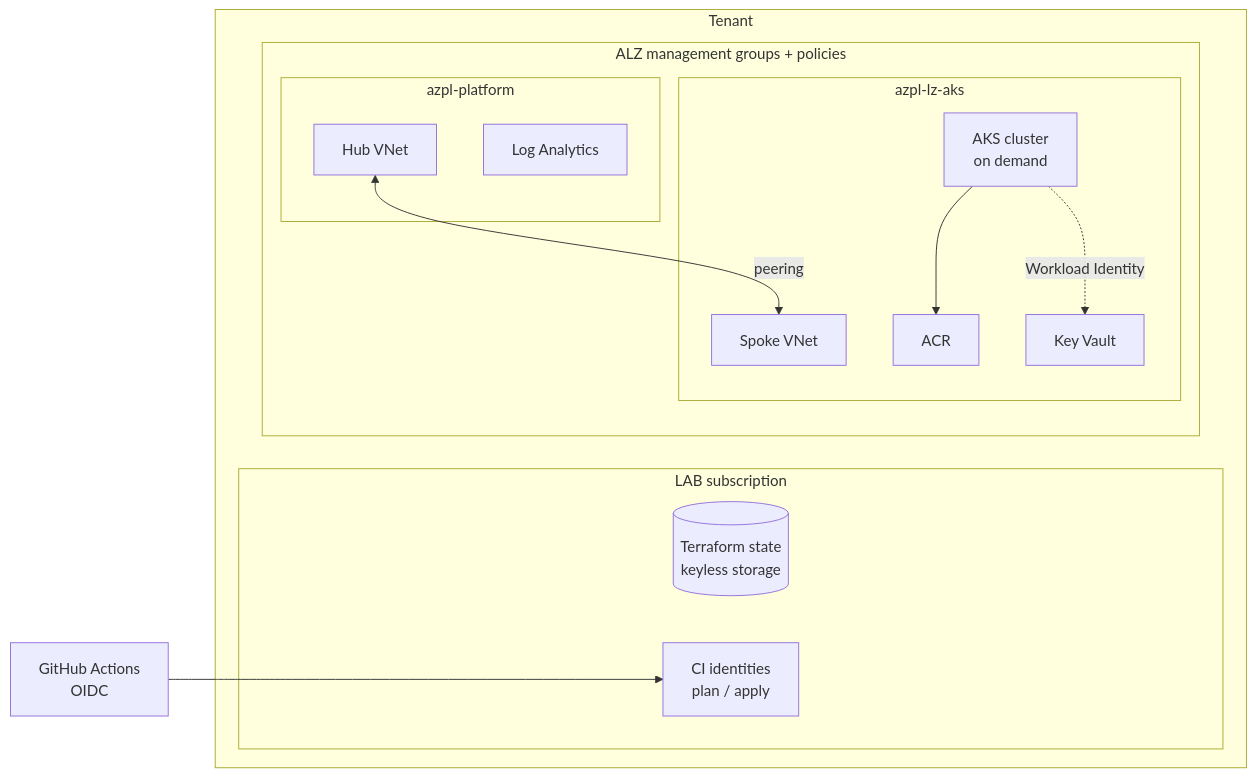
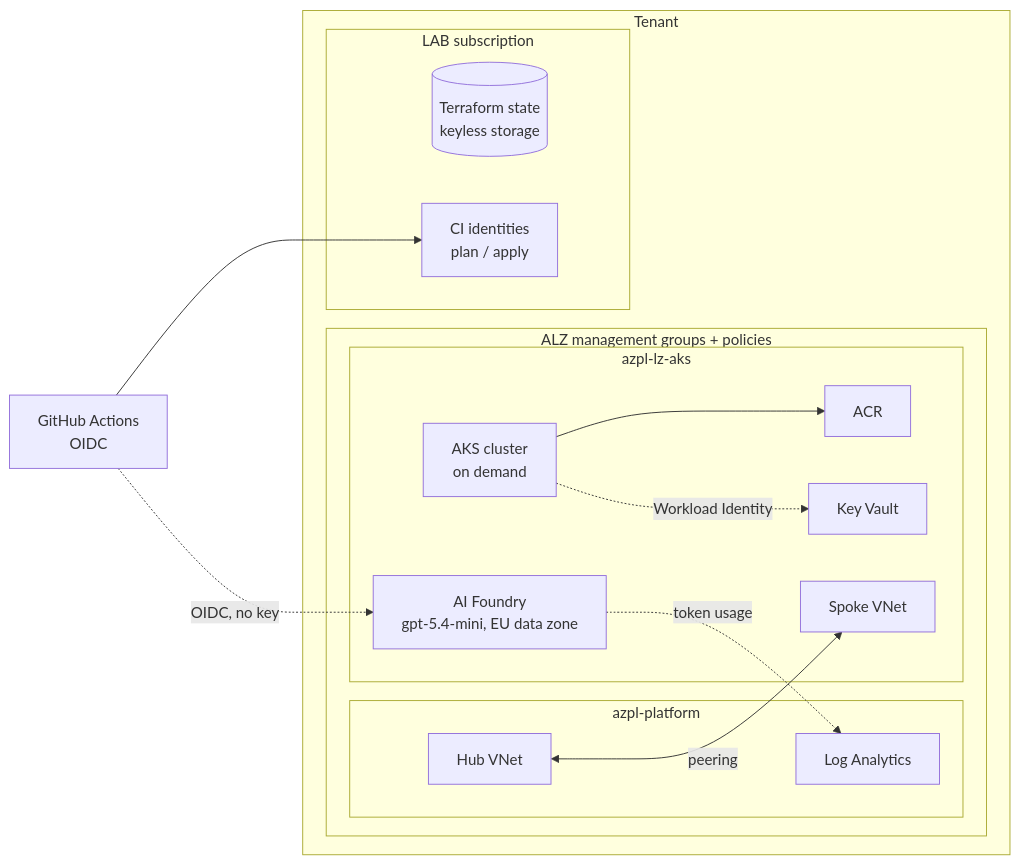
The diagram in README.md (kjourdan1/azure-platform), drawn with Mermaid before and after one commit. The commit also changed other lines of this file and 1 other file, not shown here.

````diff
--- a/README.md
+++ b/README.md
@@ -18,25 +23,28 @@
 ```mermaid
 flowchart LR
   subgraph tenant[Tenant]
     subgraph lab[LAB subscription]
       state[(Terraform state<br/>keyless storage)]
       ids[CI identities<br/>plan / apply]
     end
     subgraph alz[ALZ management groups + policies]
       subgraph platform[azpl-platform]
         law[Log Analytics]
         hub[Hub VNet]
       end
       subgraph lzaks[azpl-lz-aks]
         spoke[Spoke VNet]
         kv[Key Vault]
         acr[ACR]
         aks[AKS cluster<br/>on demand]
+        foundry[AI Foundry<br/>gpt-5.4-mini, EU data zone]
       end
     end
   end
   gh[GitHub Actions<br/>OIDC] --> ids
   hub <-- peering --> spoke
   aks --> acr
   aks -. Workload Identity .-> kv
+  gh -. OIDC, no key .-> foundry
+  foundry -. token usage .-> law
 ```
````
